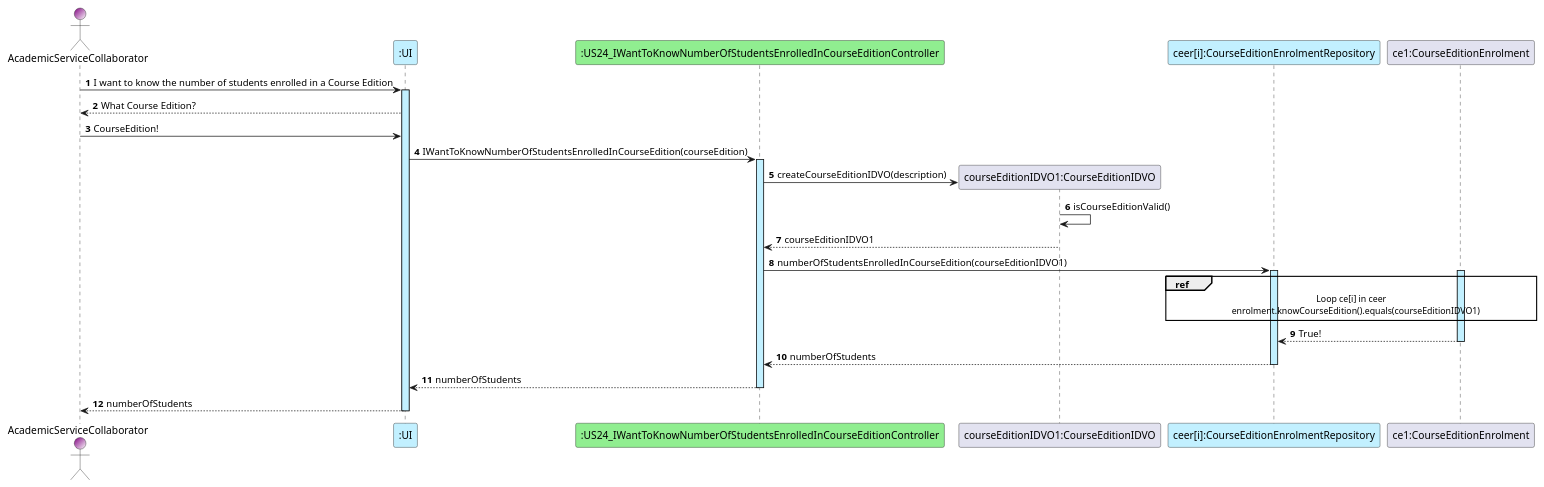
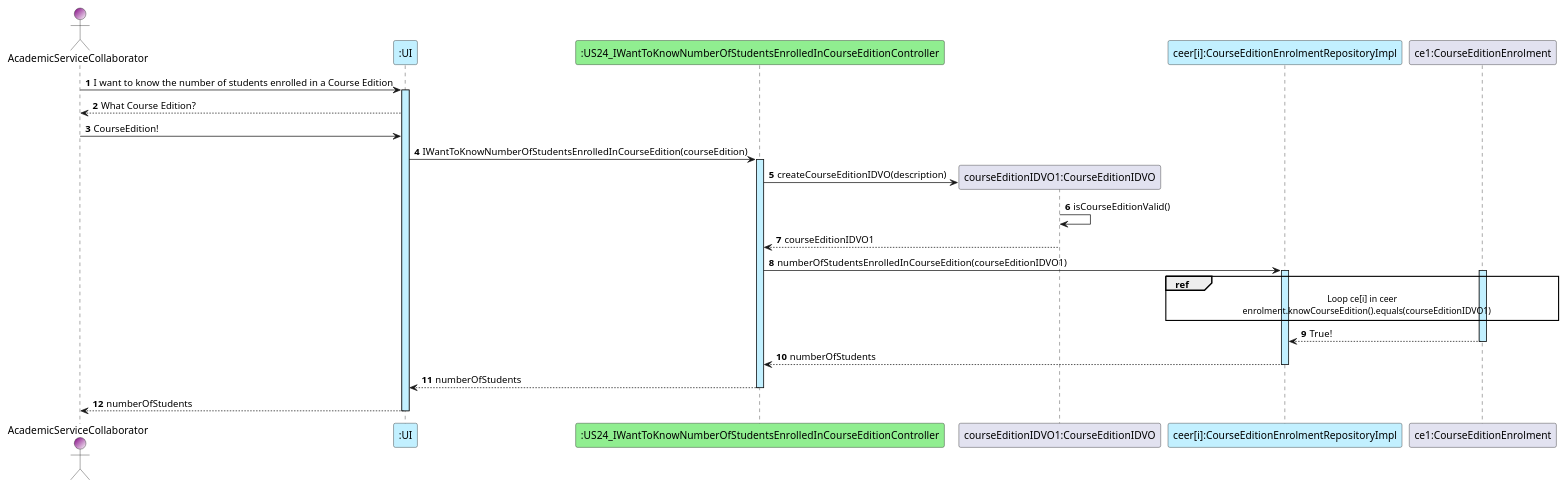
The diagram in docs/US24/US24_IWantToKnowNumberOfStudentsEnrolledInCourseEditionSD.puml (GasparISEP/DevOps-PAI), drawn with PlantUML before and after one commit.

Commit message:
Updated US_24 SD. Closes #105

```diff
--- a/docs/US24/US24_IWantToKnowNumberOfStudentsEnrolledInCourseEditionSD.puml
+++ b/docs/US24/US24_IWantToKnowNumberOfStudentsEnrolledInCourseEditionSD.puml
@@ -1,41 +1,41 @@
 @startuml
 
 autonumber
 
 actor AcademicServiceCollaborator as ASC #Purple/White
 participant ":UI" as UI #application
 participant ":US24_IWantToKnowNumberOfStudentsEnrolledInCourseEditionController" as C #lightgreen
 participant "courseEditionIDVO1:CourseEditionIDVO" as courseEditionVO1
-participant "ceer[i]:CourseEditionEnrolmentRepository" as CEER #application
+participant "ceer[i]:CourseEditionEnrolmentRepositoryImpl" as CEER #application
 participant "ce1:CourseEditionEnrolment" as CEE
 
 ASC -> UI : I want to know the number of students enrolled in a Course Edition
 activate UI #application
 UI --> ASC : What Course Edition?
 ASC -> UI : CourseEdition!
 UI -> C  : IWantToKnowNumberOfStudentsEnrolledInCourseEdition(courseEdition)
 
 activate C #application
 C -> courseEditionVO1** : createCourseEditionIDVO(description)
 courseEditionVO1 -> courseEditionVO1 : isCourseEditionValid()
 courseEditionVO1 --> C : courseEditionIDVO1
 C -> CEER : numberOfStudentsEnrolledInCourseEdition(courseEditionIDVO1)
 activate CEER #application
 activate CEE #application
 
 ref over CEER, CEE
 Loop ce[i] in ceer
     enrolment.knowCourseEdition().equals(courseEditionIDVO1)
 end ref
 CEE --> CEER : True!
 deactivate CEE
 
 C <-- CEER : numberOfStudents
 
 deactivate CEER #application
 UI <-- C : numberOfStudents
 deactivate C #application
 ASC <-- UI : numberOfStudents
 deactivate UI #application
 
 @enduml
```
